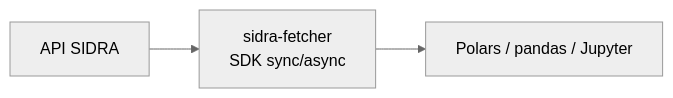
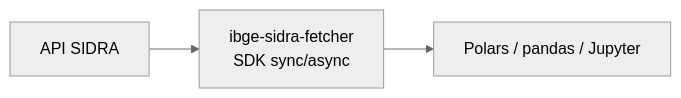
One commit to Quantilica/docs changed the first of 2 diagrams in docs/fontes/ibge/index.md. Above: the diagram before and after it, drawn with Mermaid (neutral theme). The commit also changed other lines of this file and 37 other files, not shown here.

First line of the commit message:
docs: renomeia sidra-fetcher para ibge-sidra-fetcher

````diff
--- a/docs/fontes/ibge/index.md
+++ b/docs/fontes/ibge/index.md
@@ -30,5 +30,5 @@
 ```mermaid
 graph LR
-    A[API SIDRA] --> B[sidra-fetcher<br/>SDK sync/async]
+    A[API SIDRA] --> B[ibge-sidra-fetcher<br/>SDK sync/async]
     B --> C[Polars / pandas / Jupyter]
 ```
````
